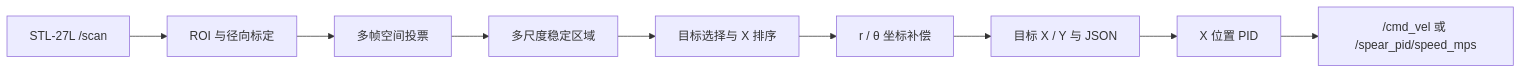
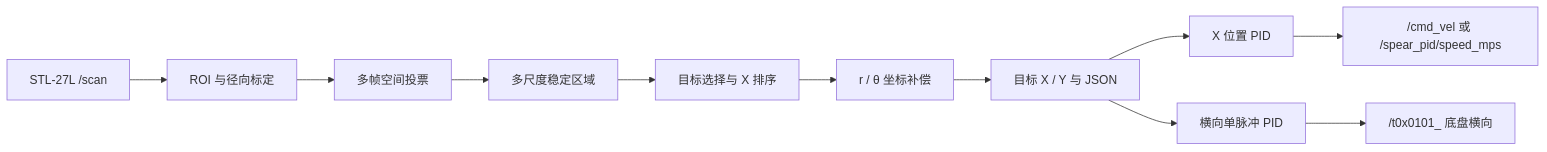
One commit to waliwuao/grabber changed the diagram in README.md. Above: the diagram before and after it, drawn with Mermaid. The commit also changed other lines of this file and 1 other file, not shown here.

Commit message:
add check script and update README with lateral PID docs

````diff
--- a/README.md
+++ b/README.md
@@ -38,11 +40,13 @@
 ```mermaid
 flowchart LR
     A[STL-27L /scan] --> B[ROI 与径向标定]
     B --> C[多帧空间投票]
     C --> D[多尺度稳定区域]
     D --> E[目标选择与 X 排序]
     E --> F[r / θ 坐标补偿]
     F --> G[目标 X / Y 与 JSON]
     G --> H[X 位置 PID]
     H --> I["/cmd_vel 或 /spear_pid/speed_mps"]
+    G --> J[横向单脉冲 PID]
+    J --> K["/t0x0101_ 底盘横向"]
 ```
````
